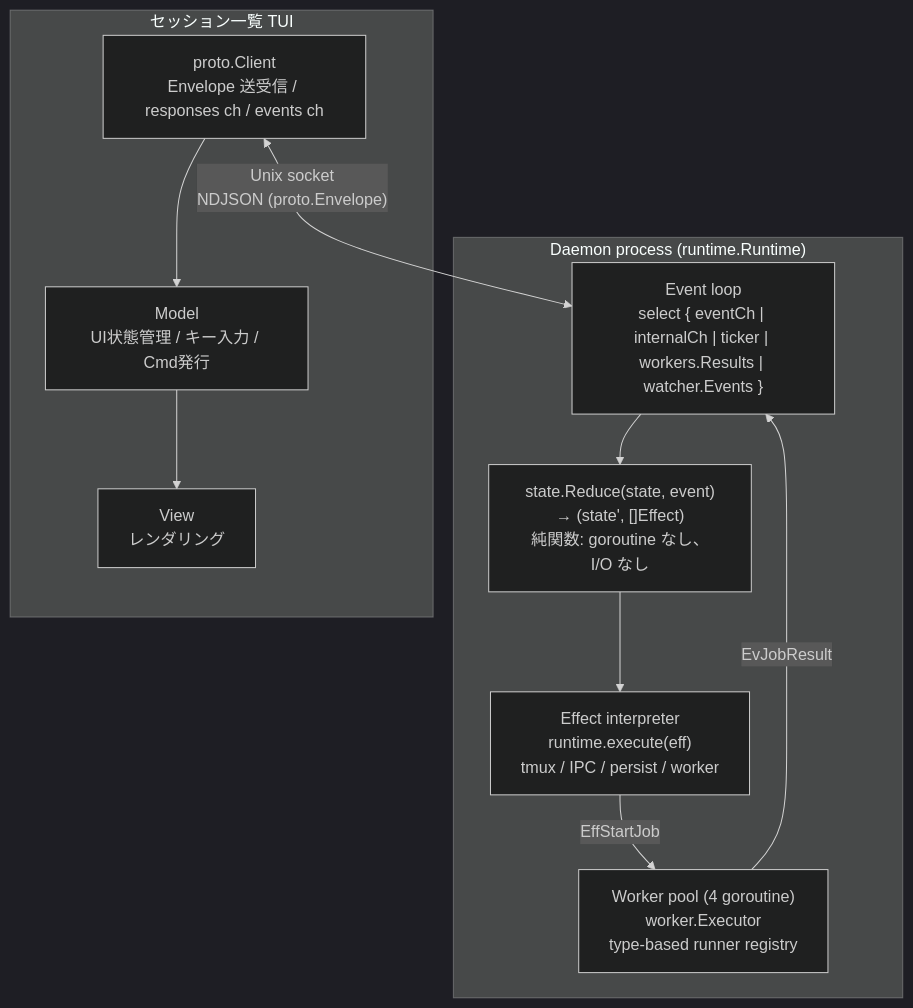
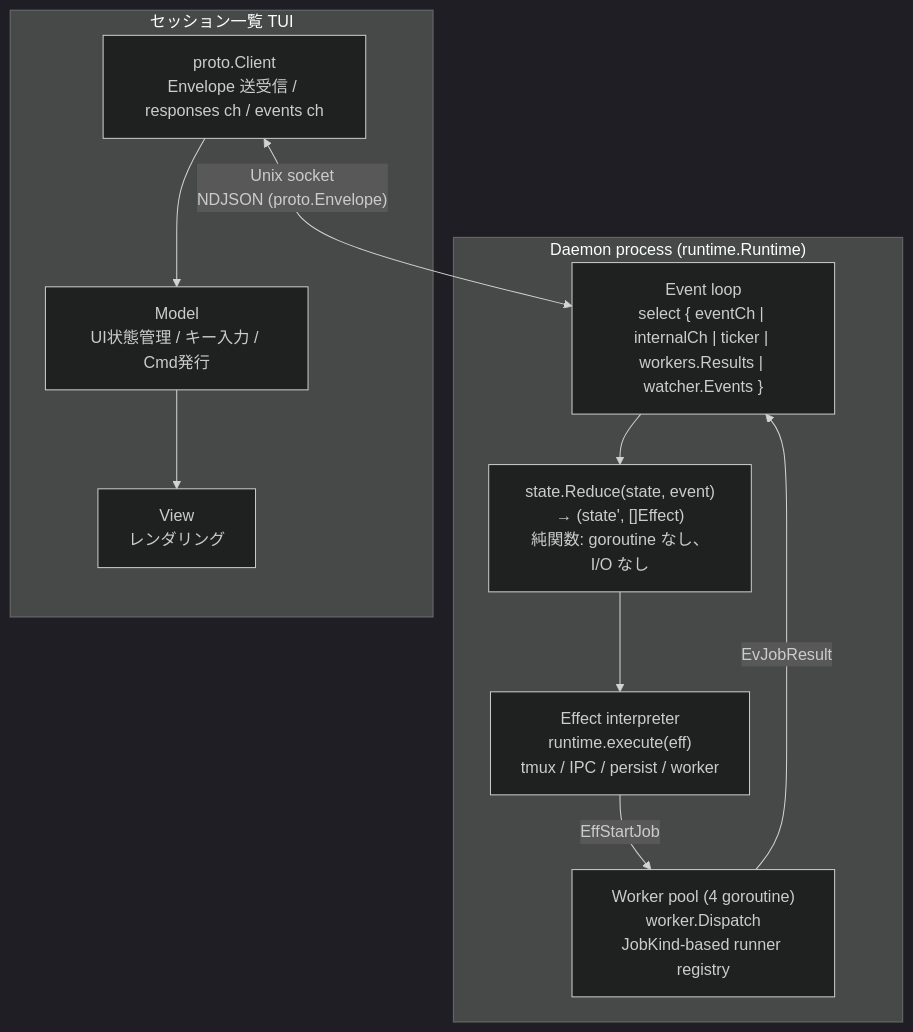
The second of 12 diagrams in ARCHITECTURE.md (takezoh/agent-roost), drawn with Mermaid (dark theme) before and after one commit. The commit also changed other lines of this file, not shown here.

First line of the commit message:
Update ARCHITECTURE.md for driver isolation refactoring

````diff
--- a/ARCHITECTURE.md
+++ b/ARCHITECTURE.md
@@ -349,24 +350,24 @@
 ```mermaid
 flowchart TB
     subgraph daemon["Daemon process (runtime.Runtime)"]
         EL["Event loop<br/>select { eventCh | internalCh | ticker | workers.Results | watcher.Events }"]
         Reduce["state.Reduce(state, event)<br/>→ (state', []Effect)<br/>純関数: goroutine なし、I/O なし"]
         Interp["Effect interpreter<br/>runtime.execute(eff)<br/>tmux / IPC / persist / worker"]
-        Pool["Worker pool (4 goroutine)<br/>worker.Executor<br/>type-based runner registry"]
+        Pool["Worker pool (4 goroutine)<br/>worker.Dispatch<br/>JobKind-based runner registry"]
 
         EL --> Reduce
         Reduce --> Interp
         Interp -->|EffStartJob| Pool
         Pool -->|EvJobResult| EL
     end
 
     subgraph tui["セッション一覧 TUI"]
         Client["proto.Client<br/>Envelope 送受信 / responses ch / events ch"]
         Model["Model<br/>UI状態管理 / キー入力 / Cmd発行"]
         View["View<br/>レンダリング"]
 
         Client --> Model --> View
     end
 
     Client <-->|"Unix socket<br/>NDJSON (proto.Envelope)"| EL
 ```
````
